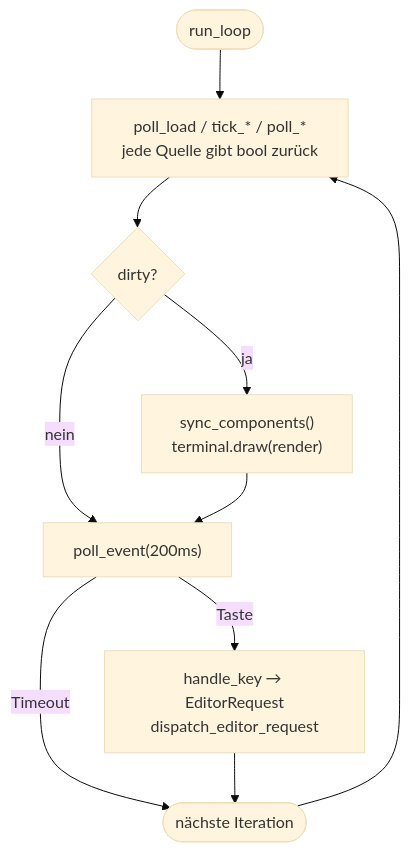
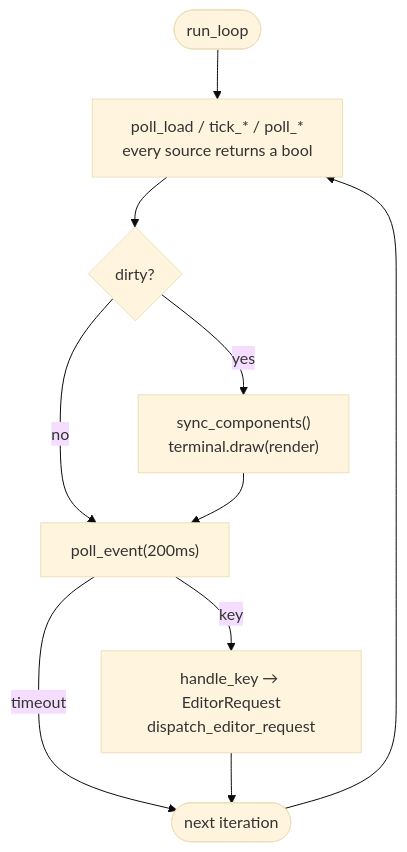
One commit to bschnitz/not-yet-done changed the second of 3 diagrams in docs/architecture.md. Above: the diagram before and after it, drawn with Mermaid (base theme). The commit also changed other lines of this file, not shown here.

First line of the commit message:
docs(architecture): translate docs/architecture.md to English

````diff
--- a/docs/architecture.md
+++ b/docs/architecture.md
@@ -448,12 +451,12 @@
 ```mermaid
 flowchart TD
-    START([run_loop]) --> POLL["poll_load / tick_* / poll_*<br/>jede Quelle gibt bool zurück"]
+    START([run_loop]) --> POLL["poll_load / tick_* / poll_*<br/>every source returns a bool"]
     POLL --> OR{dirty?}
-    OR -- ja --> DRAW["sync_components()<br/>terminal.draw(render)"]
-    OR -- nein --> WAIT
+    OR -- yes --> DRAW["sync_components()<br/>terminal.draw(render)"]
+    OR -- no --> WAIT
     DRAW --> WAIT["poll_event(200ms)"]
-    WAIT -- Taste --> KEY["handle_key → EditorRequest<br/>dispatch_editor_request"]
-    WAIT -- Timeout --> LOOPBACK
-    KEY --> LOOPBACK([nächste Iteration])
+    WAIT -- key --> KEY["handle_key → EditorRequest<br/>dispatch_editor_request"]
+    WAIT -- timeout --> LOOPBACK
+    KEY --> LOOPBACK([next iteration])
     LOOPBACK --> POLL
 ```
````
